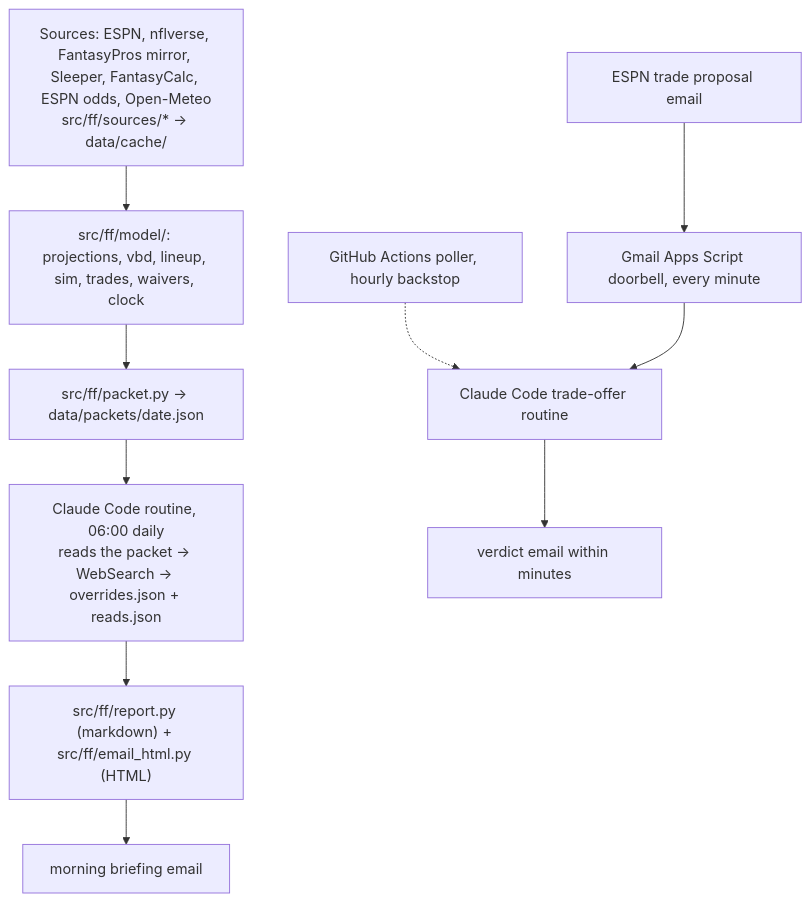
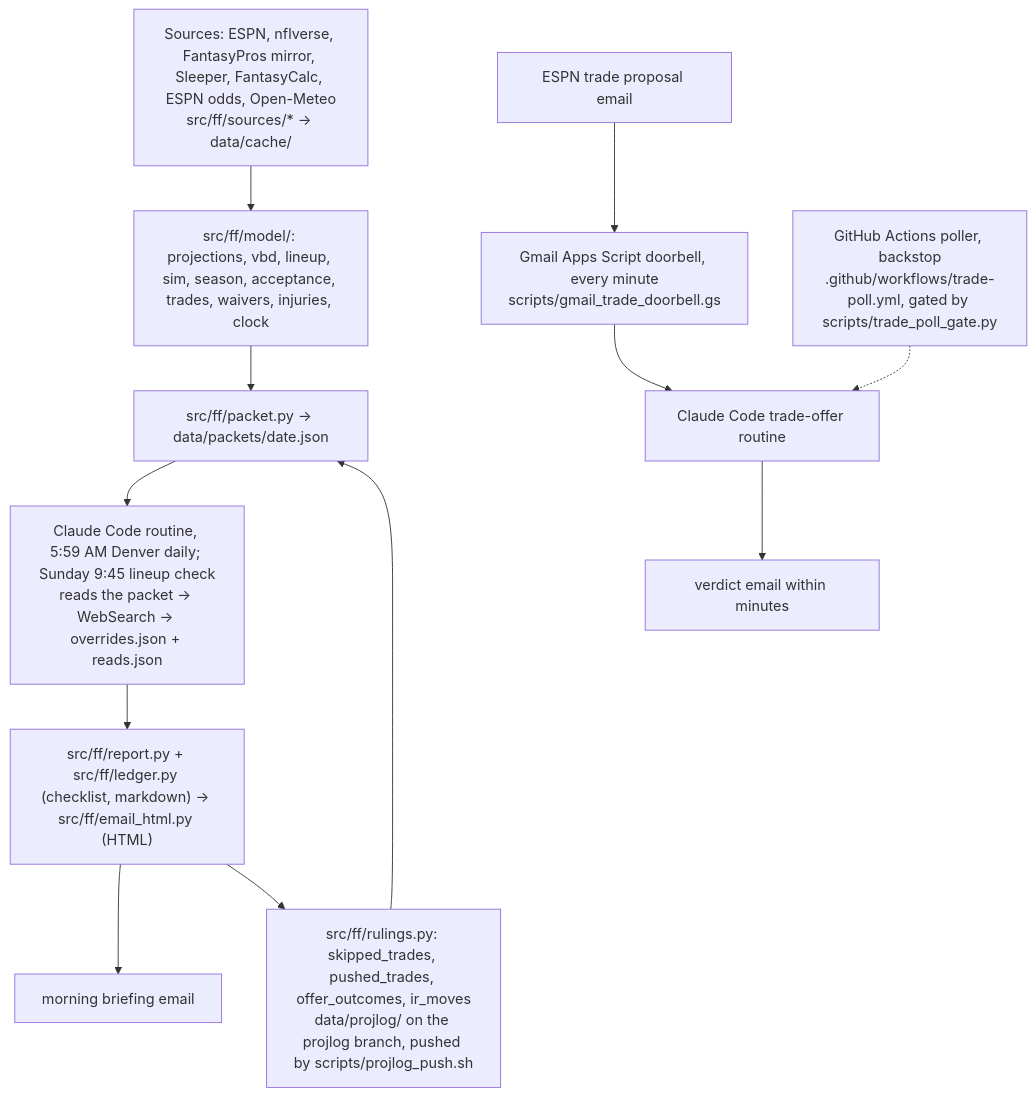
The diagram in README.md (dustinJ15/fantasy), drawn with Mermaid before and after one commit. The commit also changed other lines of this file and 7 other files, not shown here.

````diff
--- a/README.md
+++ b/README.md
@@ -67,14 +88,16 @@
 ```mermaid
 flowchart TB
   sources["Sources: ESPN, nflverse, FantasyPros mirror, Sleeper, FantasyCalc, ESPN odds, Open-Meteo<br/>src/ff/sources/* → data/cache/"]
-  sources --> model["src/ff/model/: projections, vbd, lineup, sim, trades, waivers, clock"]
+  sources --> model["src/ff/model/: projections, vbd, lineup, sim, season, acceptance, trades, waivers, injuries, clock"]
   model --> packet["src/ff/packet.py → data/packets/date.json"]
-  packet --> claude["Claude Code routine, 06:00 daily<br/>reads the packet → WebSearch → overrides.json + reads.json"]
-  claude --> render["src/ff/report.py (markdown) + src/ff/email_html.py (HTML)"]
+  memory["src/ff/rulings.py: skipped_trades, pushed_trades, offer_outcomes, ir_moves<br/>data/projlog/ on the projlog branch, pushed by scripts/projlog_push.sh"] --> packet
+  packet --> claude["Claude Code routine, 5:59 AM Denver daily; Sunday 9:45 lineup check<br/>reads the packet → WebSearch → overrides.json + reads.json"]
+  claude --> render["src/ff/report.py + src/ff/ledger.py (checklist, markdown) → src/ff/email_html.py (HTML)"]
   render --> gmail["morning briefing email"]
+  render --> memory
 
-  tp["ESPN trade proposal email"] --> bell["Gmail Apps Script doorbell, every minute"]
-  poll["GitHub Actions poller, hourly backstop"] -.-> tr
+  tp["ESPN trade proposal email"] --> bell["Gmail Apps Script doorbell, every minute<br/>scripts/gmail_trade_doorbell.gs"]
+  poll["GitHub Actions poller, backstop<br/>.github/workflows/trade-poll.yml, gated by scripts/trade_poll_gate.py"] -.-> tr
   bell --> tr["Claude Code trade-offer routine"]
   tr --> verdict["verdict email within minutes"]
 ```
````
